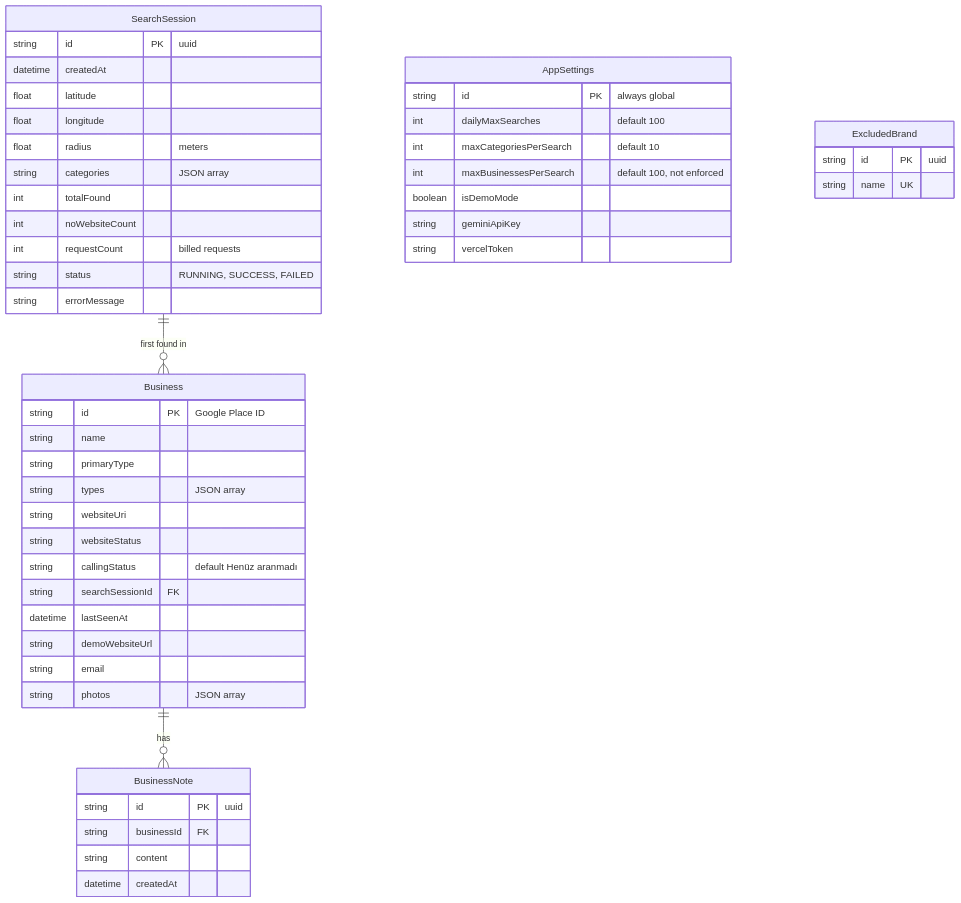
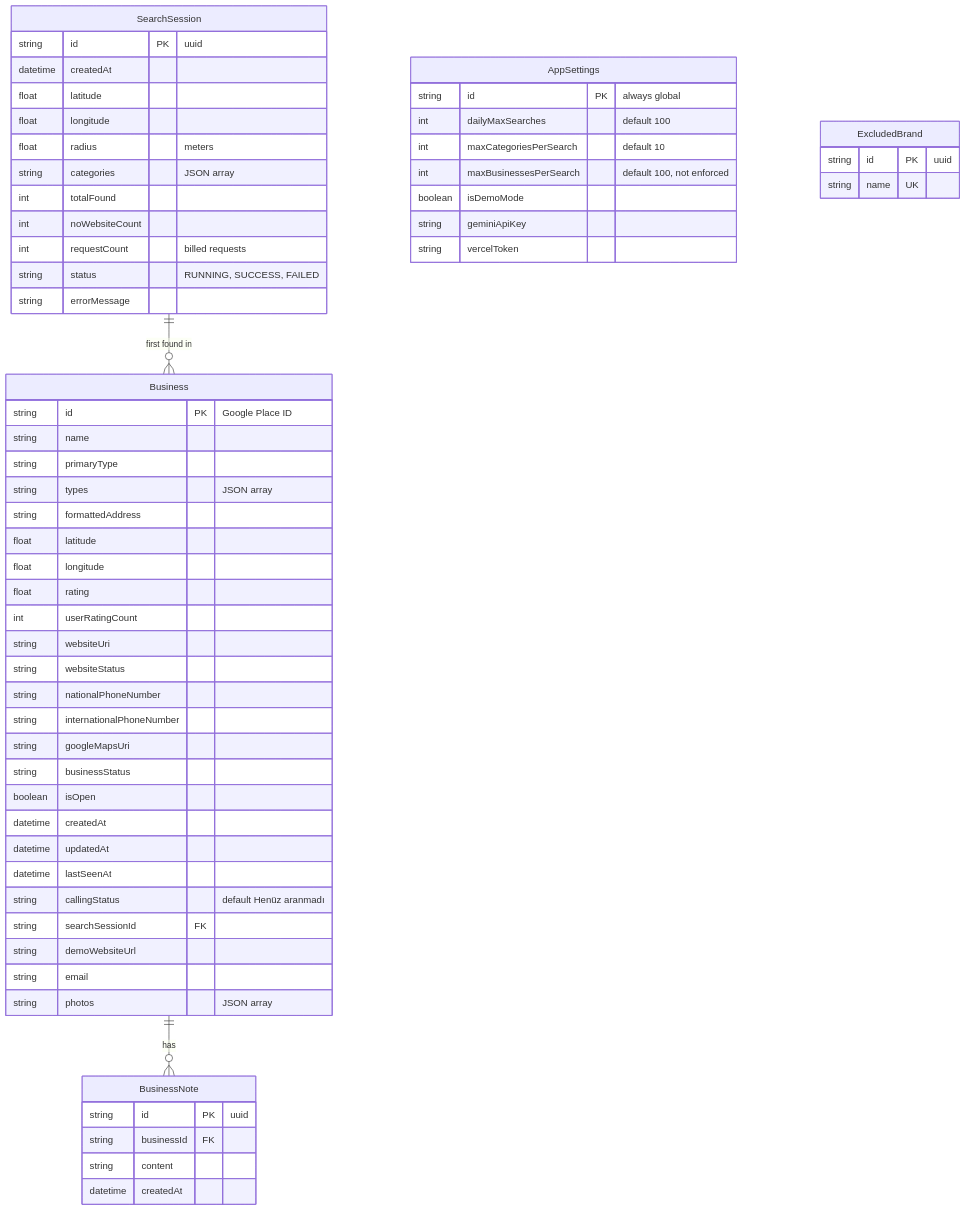
One commit to CoskunerBerke/maps_proje changed the sixth of 8 diagrams in docs/HOW_IT_WORKS.md. Above: the diagram before and after it, drawn with Mermaid. The commit also changed other lines of this file, not shown here.

````diff
--- a/docs/HOW_IT_WORKS.md
+++ b/docs/HOW_IT_WORKS.md
@@ -267,51 +298,63 @@
 ```mermaid
 erDiagram
     SearchSession ||--o{ Business : "first found in"
     Business ||--o{ BusinessNote : "has"
     SearchSession {
         string id PK "uuid"
         datetime createdAt
         float latitude
         float longitude
         float radius "meters"
         string categories "JSON array"
         int totalFound
         int noWebsiteCount
         int requestCount "billed requests"
         string status "RUNNING, SUCCESS, FAILED"
         string errorMessage
     }
     Business {
         string id PK "Google Place ID"
         string name
         string primaryType
         string types "JSON array"
+        string formattedAddress
+        float latitude
+        float longitude
+        float rating
+        int userRatingCount
         string websiteUri
         string websiteStatus
+        string nationalPhoneNumber
+        string internationalPhoneNumber
+        string googleMapsUri
+        string businessStatus
+        boolean isOpen
+        datetime createdAt
+        datetime updatedAt
+        datetime lastSeenAt
         string callingStatus "default Henüz aranmadı"
         string searchSessionId FK
-        datetime lastSeenAt
         string demoWebsiteUrl
         string email
         string photos "JSON array"
     }
     BusinessNote {
         string id PK "uuid"
         string businessId FK
         string content
         datetime createdAt
     }
     AppSettings {
         string id PK "always global"
         int dailyMaxSearches "default 100"
         int maxCategoriesPerSearch "default 10"
         int maxBusinessesPerSearch "default 100, not enforced"
         boolean isDemoMode
         string geminiApiKey
         string vercelToken
     }
     ExcludedBrand {
         string id PK "uuid"
         string name UK
     }
 ```
````
